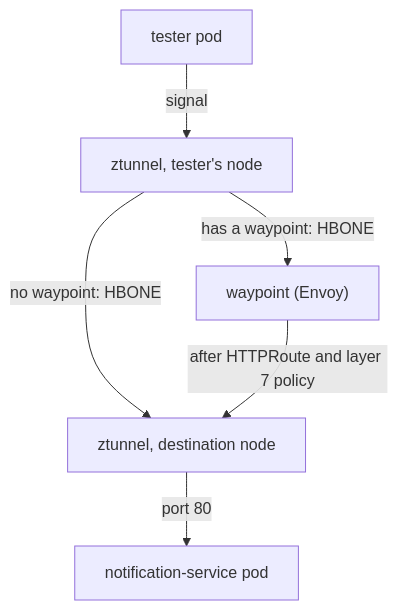
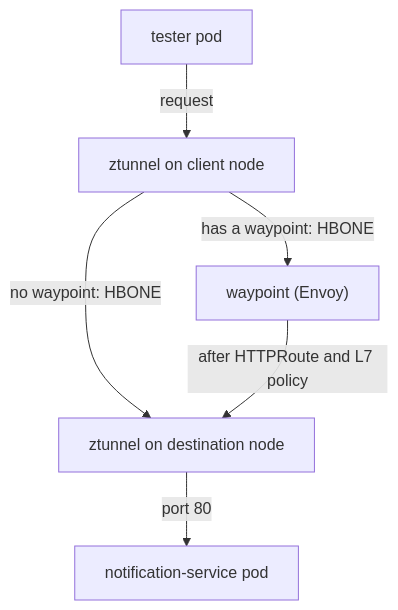
One commit to astrona-io/ATS013 changed the diagram in sections/section-040/module-02/course-01-what-a-waypoint-is.md. Above: the diagram before and after it, drawn with Mermaid. The commit also changed other lines of this file and 19 other files, not shown here.

````diff
--- a/sections/section-040/module-02/course-01-what-a-waypoint-is.md
+++ b/sections/section-040/module-02/course-01-what-a-waypoint-is.md
@@ -140,8 +124,8 @@
 ```mermaid
 flowchart TB
-    T["tester pod"] -->|"signal"| Z1["ztunnel, tester's node"]
+    T["tester pod"] -->|"request"| Z1["ztunnel on client node"]
     Z1 -->|"has a waypoint: HBONE"| W["waypoint (Envoy)"]
-    Z1 -->|"no waypoint: HBONE"| Z2["ztunnel, destination node"]
-    W -->|"after HTTPRoute and layer 7 policy"| Z2
+    Z1 -->|"no waypoint: HBONE"| Z2["ztunnel on destination node"]
+    W -->|"after HTTPRoute and L7 policy"| Z2
     Z2 -->|"port 80"| D["notification-service pod"]
 ```
````
